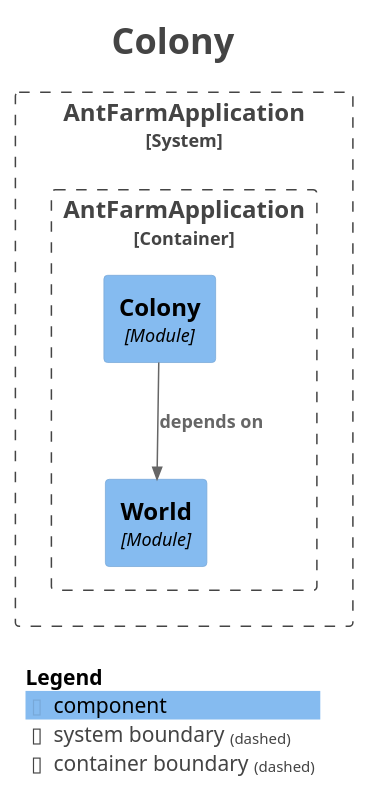
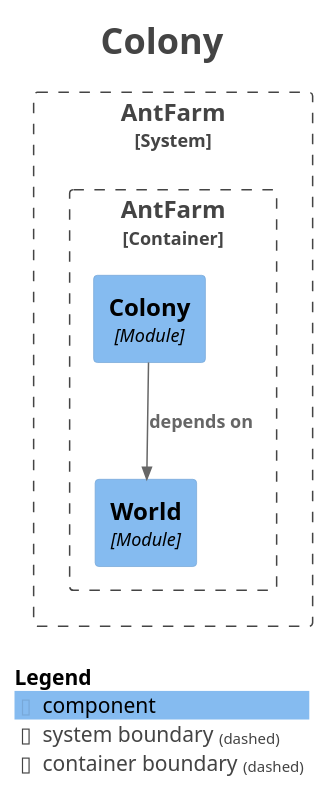
Before and after one commit to BlockCat/ddd-ants: the diagram in src/main/resources/static/docs/module-colony.puml, drawn with PlantUML. The commit also changed 47 other files, not shown here.

First line of the commit message:
Refactor AntFarm application structure and enhance documentation

```diff
--- a/src/main/resources/static/docs/module-colony.puml
+++ b/src/main/resources/static/docs/module-colony.puml
@@ -1,30 +1,30 @@
 @startuml
 title <size:24>Colony</size>
 
 set separator none
 top to bottom direction
 
 <style>
   root {
     BackgroundColor: #ffffff
     FontColor: #444444
   }
 </style>
 
 !include <C4/C4>
 !include <C4/C4_Context>
 !include <C4/C4_Component>
 
-System_Boundary("AntFarmApplication_boundary", "AntFarmApplication", $tags="") {
-  Container_Boundary("AntFarmApplication.AntFarmApplication_boundary", "AntFarmApplication", $tags="") {
-    Component(AntFarmApplication.AntFarmApplication.World, "World", $techn="Module", $descr="", $tags="", $link="")
-    Component(AntFarmApplication.AntFarmApplication.Colony, "Colony", $techn="Module", $descr="", $tags="", $link="")
+System_Boundary("AntFarm_boundary", "AntFarm", $tags="") {
+  Container_Boundary("AntFarm.AntFarm_boundary", "AntFarm", $tags="") {
+    Component(AntFarm.AntFarm.World, "World", $techn="Module", $descr="", $tags="", $link="")
+    Component(AntFarm.AntFarm.Colony, "Colony", $techn="Module", $descr="", $tags="", $link="")
   }
 
 }
 
-Rel(AntFarmApplication.AntFarmApplication.Colony, AntFarmApplication.AntFarmApplication.World, "depends on", $techn="", $tags="", $link="")
+Rel(AntFarm.AntFarm.Colony, AntFarm.AntFarm.World, "depends on", $techn="", $tags="", $link="")
 
 SHOW_LEGEND(true)
 hide stereotypes
 @enduml
```
